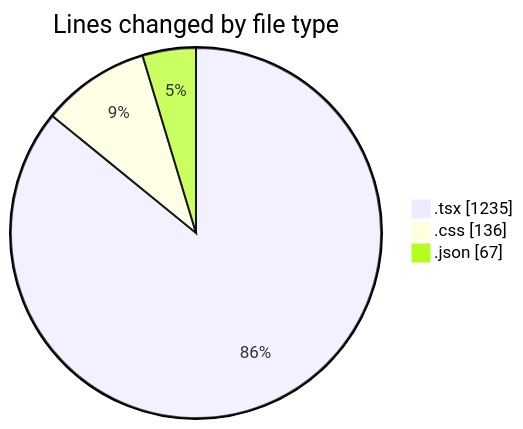
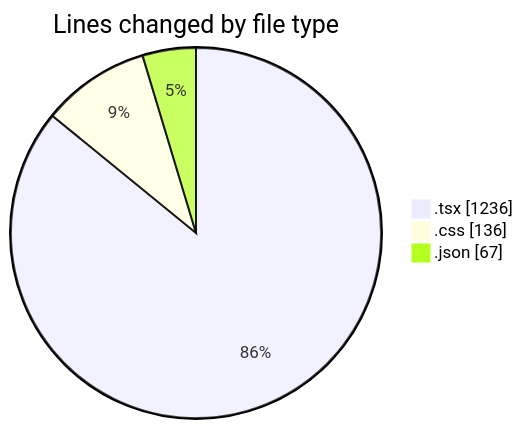
One commit to robertbonfada/code-tracking changed the first of 2 diagrams in 2025-01-08/mbc-web/README.md. Above: the diagram before and after it, drawn with Mermaid. The commit also changed other lines of this file and 1 other file, not shown here.

````diff
--- a/2025-01-08/mbc-web/README.md
+++ b/2025-01-08/mbc-web/README.md
@@ -33,7 +33,7 @@
 ```mermaid
 pie showData
 title Lines changed by file type
-".tsx" : 1235
+".tsx" : 1236
 ".css" : 136
 ".json" : 67
 ```
````
